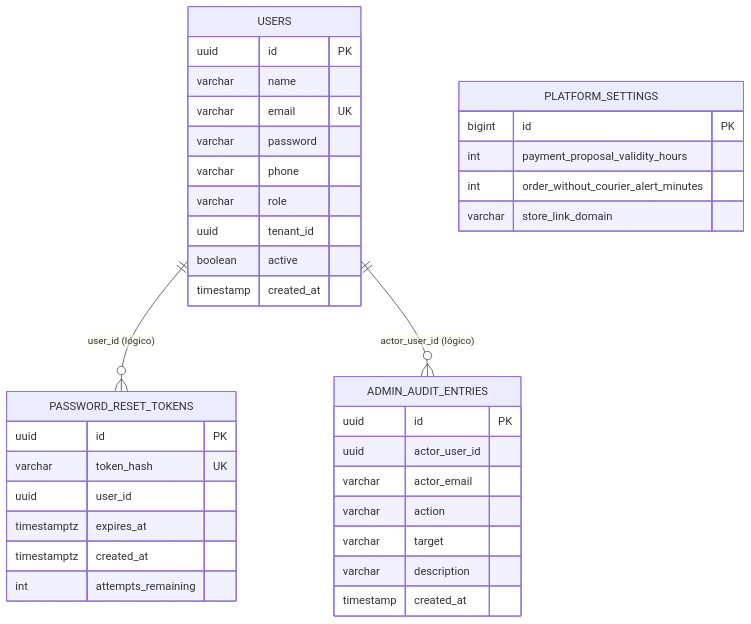
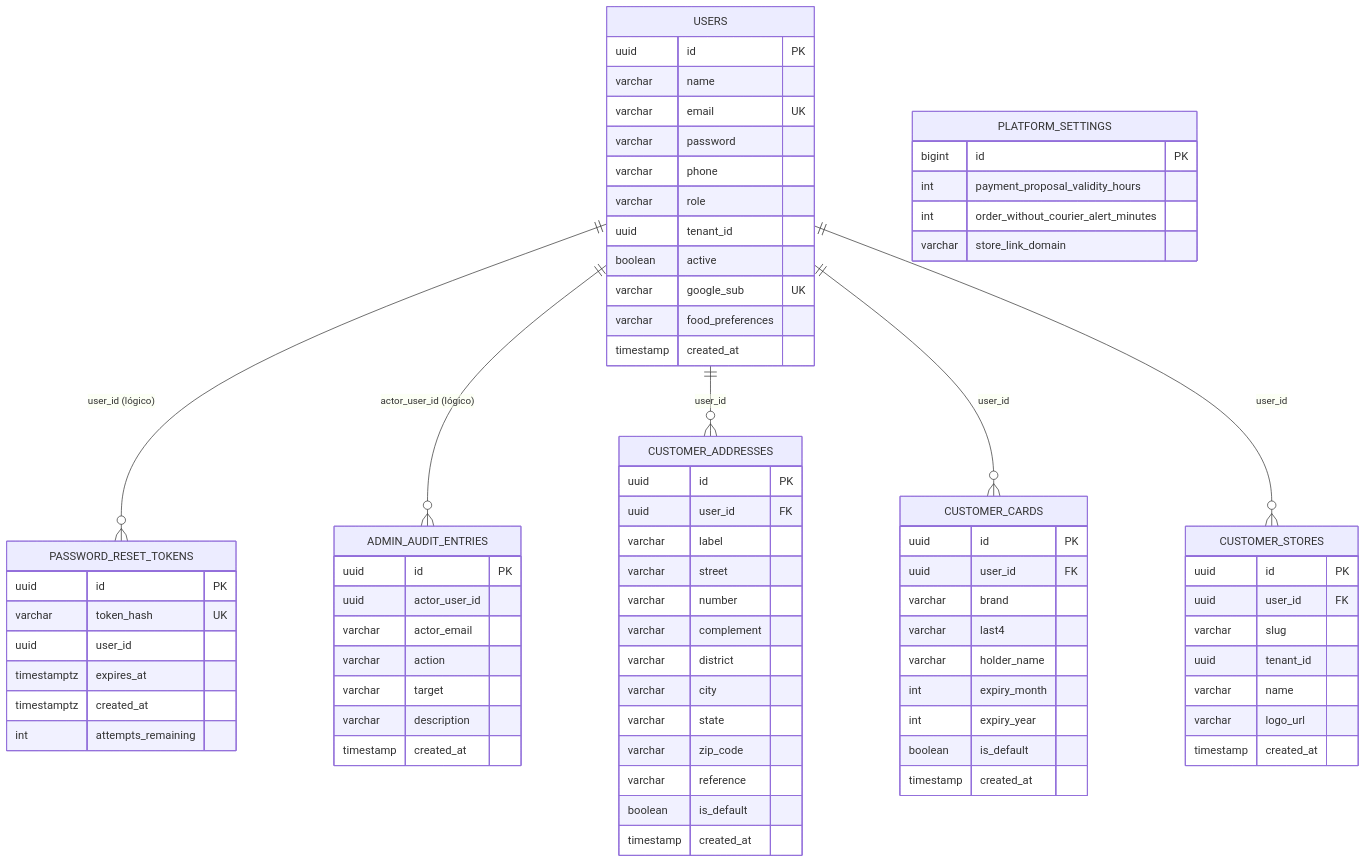
One commit to bgeromoJs/delivery-marketplace changed the first of 4 diagrams in docs/tecnica/04-dados.md. Above: the diagram before and after it, drawn with Mermaid. The commit also changed other lines of this file and 14 other files, not shown here.

````diff
--- a/docs/tecnica/04-dados.md
+++ b/docs/tecnica/04-dados.md
@@ -49,39 +49,79 @@
 ```mermaid
 erDiagram
     USERS ||--o{ PASSWORD_RESET_TOKENS : "user_id (lógico)"
     USERS ||--o{ ADMIN_AUDIT_ENTRIES : "actor_user_id (lógico)"
+    USERS ||--o{ CUSTOMER_ADDRESSES : "user_id"
+    USERS ||--o{ CUSTOMER_CARDS : "user_id"
+    USERS ||--o{ CUSTOMER_STORES : "user_id"
     USERS {
         uuid id PK
         varchar name
         varchar email UK
         varchar password
         varchar phone
         varchar role
         uuid tenant_id
         boolean active
+        varchar google_sub UK
+        varchar food_preferences
         timestamp created_at
     }
     PLATFORM_SETTINGS {
         bigint id PK
         int payment_proposal_validity_hours
         int order_without_courier_alert_minutes
         varchar store_link_domain
     }
     PASSWORD_RESET_TOKENS {
         uuid id PK
         varchar token_hash UK
         uuid user_id
         timestamptz expires_at
         timestamptz created_at
         int attempts_remaining
     }
     ADMIN_AUDIT_ENTRIES {
         uuid id PK
         uuid actor_user_id
         varchar actor_email
         varchar action
         varchar target
         varchar description
         timestamp created_at
     }
+    CUSTOMER_ADDRESSES {
+        uuid id PK
+        uuid user_id FK
+        varchar label
+        varchar street
+        varchar number
+        varchar complement
+        varchar district
+        varchar city
+        varchar state
+        varchar zip_code
+        varchar reference
+        boolean is_default
+        timestamp created_at
+    }
+    CUSTOMER_CARDS {
+        uuid id PK
+        uuid user_id FK
+        varchar brand
+        varchar last4
+        varchar holder_name
+        int expiry_month
+        int expiry_year
+        boolean is_default
+        timestamp created_at
+    }
+    CUSTOMER_STORES {
+        uuid id PK
+        uuid user_id FK
+        varchar slug
+        uuid tenant_id
+        varchar name
+        varchar logo_url
+        timestamp created_at
+    }
 ```
````
